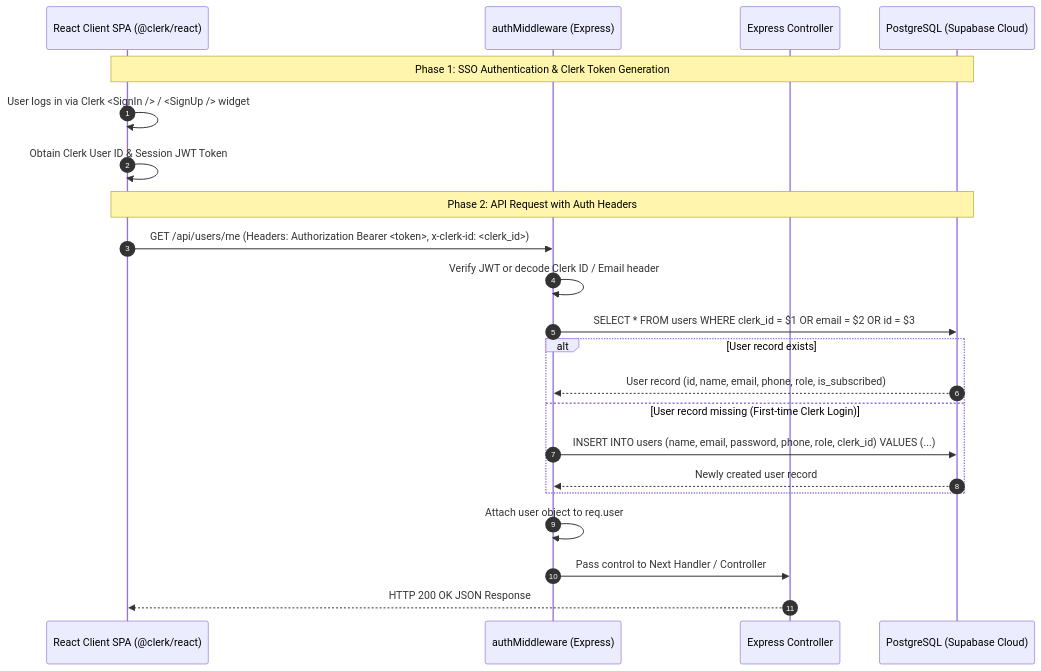
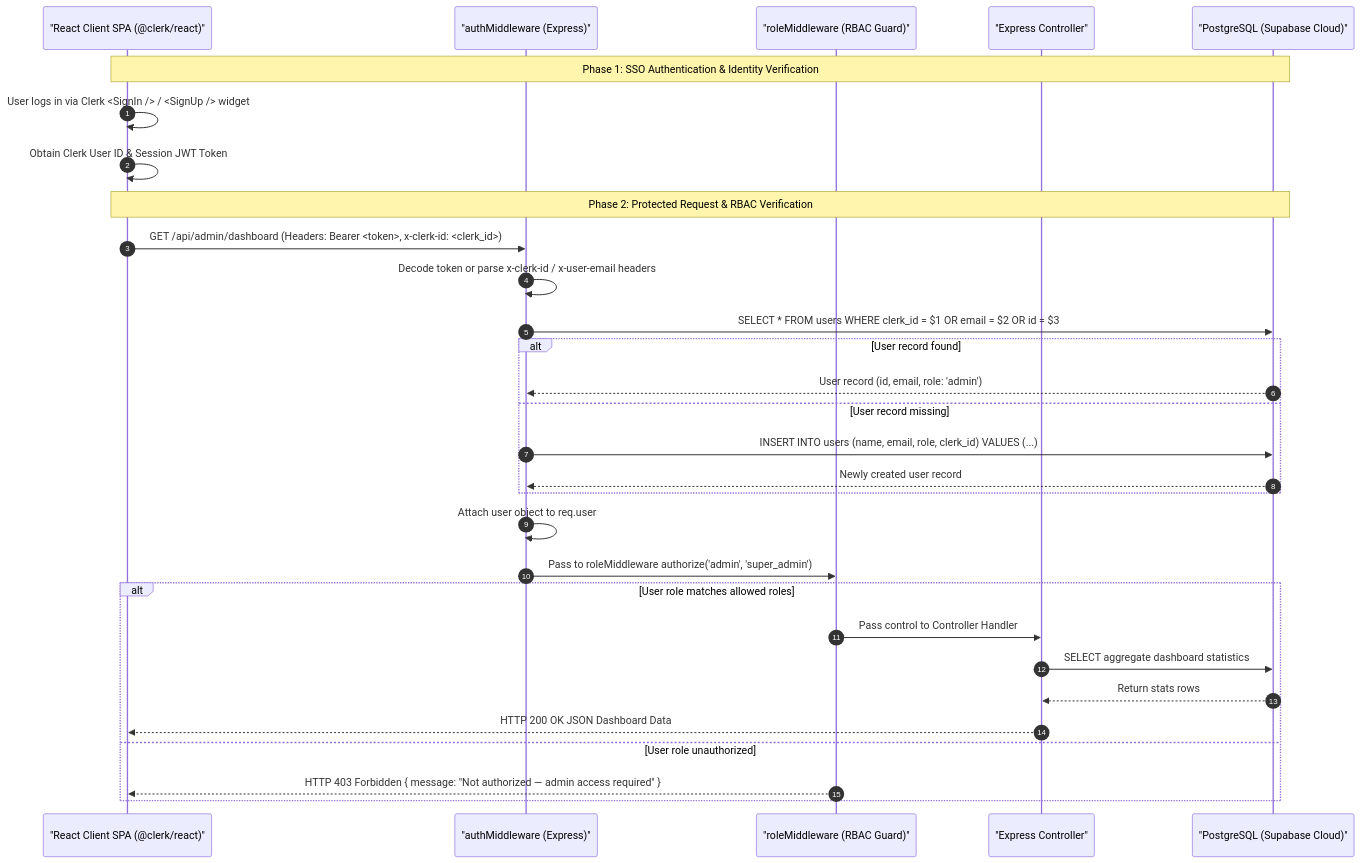
Before and after one commit to em-srs/Medifly: the fourth of 5 diagrams in notes.md, drawn with Mermaid. The commit also changed other lines of this file, not shown here.

Commit message:
docs: restructure notes.md with 5 technical sections, quoted Mermaid diagrams, API schemas, and interview preparation Q&A

````diff
--- a/notes.md
+++ b/notes.md
@@ -142,28 +165,37 @@
 ```mermaid
 sequenceDiagram
     autonumber
-    participant Client as React Client SPA (@clerk/react)
-    participant AuthMW as authMiddleware (Express)
-    participant Controller as Express Controller
-    participant DB as PostgreSQL (Supabase Cloud)
+    participant Client as "React Client SPA (@clerk/react)"
+    participant AuthMW as "authMiddleware (Express)"
+    participant RoleMW as "roleMiddleware (RBAC Guard)"
+    participant Controller as "Express Controller"
+    participant DB as "PostgreSQL (Supabase Cloud)"
 
-    Note over Client, DB: Phase 1: SSO Authentication & Clerk Token Generation
+    Note over Client, DB: Phase 1: SSO Authentication & Identity Verification
     Client->>Client: User logs in via Clerk <SignIn /> / <SignUp /> widget
     Client->>Client: Obtain Clerk User ID & Session JWT Token
 
-    Note over Client, DB: Phase 2: API Request with Auth Headers
-    Client->>AuthMW: GET /api/users/me (Headers: Authorization Bearer <token>, x-clerk-id: <clerk_id>)
-    AuthMW->>AuthMW: Verify JWT or decode Clerk ID / Email header
+    Note over Client, DB: Phase 2: Protected Request & RBAC Verification
+    Client->>AuthMW: GET /api/admin/dashboard (Headers: Bearer <token>, x-clerk-id: <clerk_id>)
+    AuthMW->>AuthMW: Decode token or parse x-clerk-id / x-user-email headers
     AuthMW->>DB: SELECT * FROM users WHERE clerk_id = $1 OR email = $2 OR id = $3
     
-    alt User record exists
-        DB-->>AuthMW: User record (id, name, email, phone, role, is_subscribed)
-    else User record missing (First-time Clerk Login)
-        AuthMW->>DB: INSERT INTO users (name, email, password, phone, role, clerk_id) VALUES (...)
+    alt User record found
+        DB-->>AuthMW: User record (id, email, role: 'admin')
+    else User record missing
+        AuthMW->>DB: INSERT INTO users (name, email, role, clerk_id) VALUES (...)
         DB-->>AuthMW: Newly created user record
     end
 
     AuthMW->>AuthMW: Attach user object to req.user
-    AuthMW->>Controller: Pass control to Next Handler / Controller
-    Controller-->>Client: HTTP 200 OK JSON Response
+    AuthMW->>RoleMW: Pass to roleMiddleware authorize('admin', 'super_admin')
+    
+    alt User role matches allowed roles
+        RoleMW->>Controller: Pass control to Controller Handler
+        Controller->>DB: SELECT aggregate dashboard statistics
+        DB-->>Controller: Return stats rows
+        Controller-->>Client: HTTP 200 OK JSON Dashboard Data
+    else User role unauthorized
+        RoleMW-->>Client: HTTP 403 Forbidden { message: "Not authorized — admin access required" }
+    end
 ```
````
